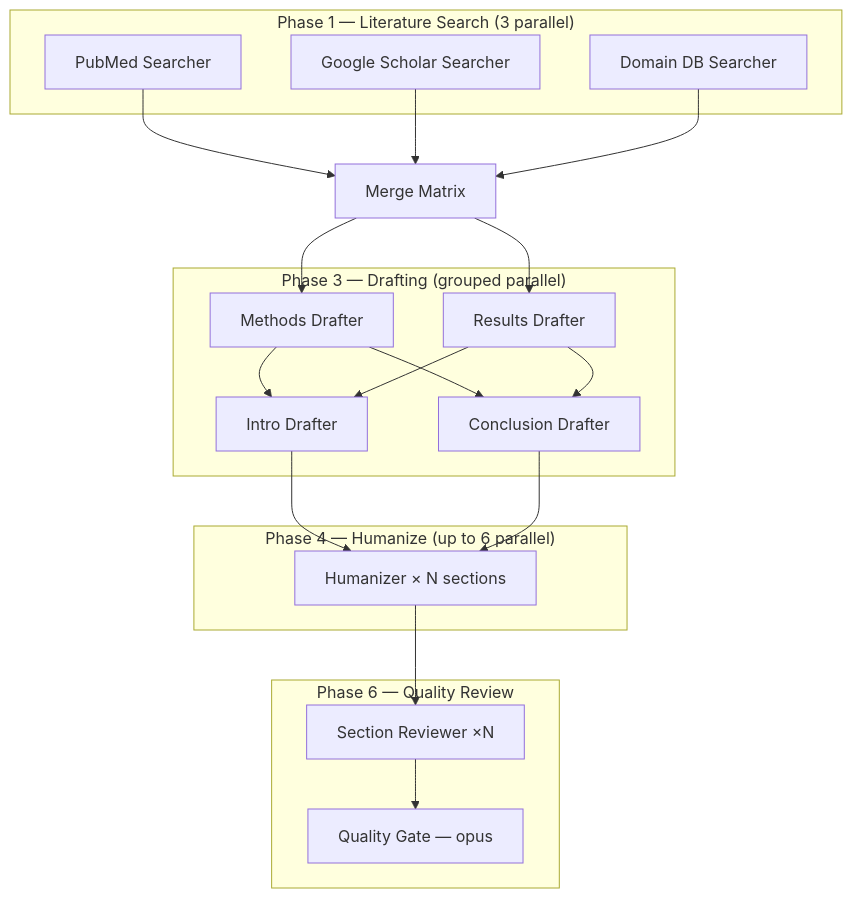
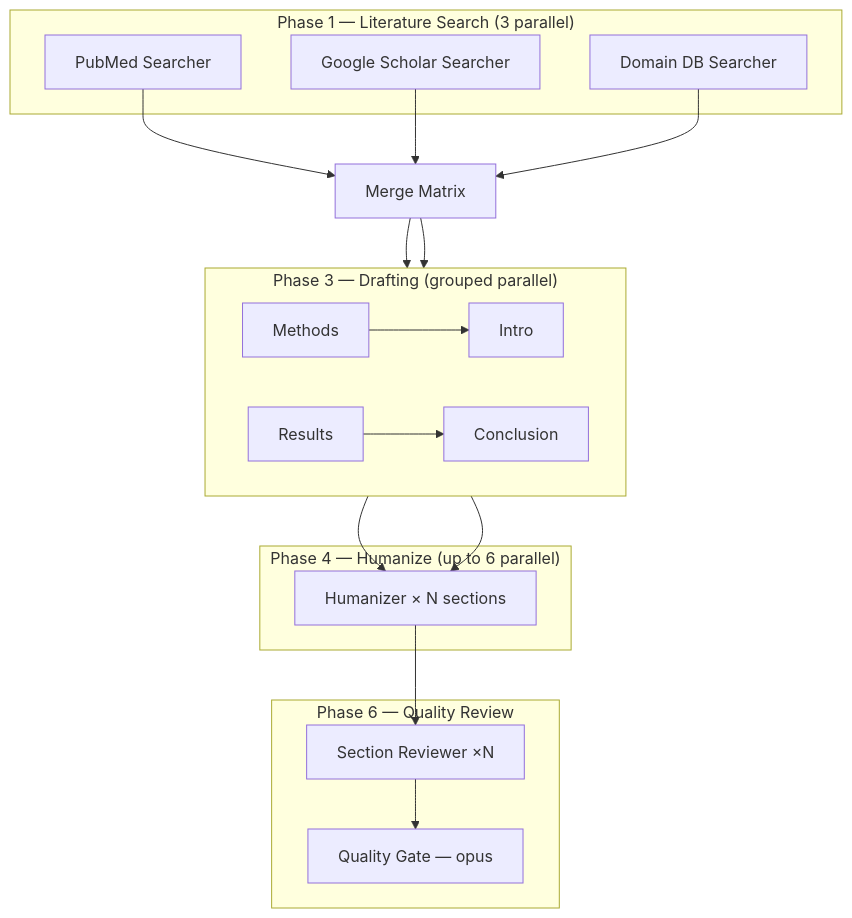
One commit to kgraph57/paper-writer-skill changed the fourth of 4 diagrams in README.md. Above: the diagram before and after it, drawn with Mermaid. The commit also changed 1 other file, not shown here.

Commit message:
fix: improve Phase 3 Mermaid layout to prevent text overlap
Use direction LR inside Phase 3 subgraph to arrange 4 drafter nodes
in 2 columns instead of stacking vertically.

````diff
--- a/README.md
+++ b/README.md
@@ -82,28 +82,29 @@
 ```mermaid
 flowchart TB
-    subgraph "Phase 1 — Literature Search (3 parallel)"
+    subgraph P1["Phase 1 — Literature Search (3 parallel)"]
         L1[PubMed Searcher]
         L2[Google Scholar Searcher]
         L3[Domain DB Searcher]
     end
-    subgraph "Phase 3 — Drafting (grouped parallel)"
-        D1[Methods Drafter]
-        D2[Results Drafter]
-        D3[Intro Drafter]
-        D4[Conclusion Drafter]
+
+    subgraph P3["Phase 3 — Drafting (grouped parallel)"]
+        direction LR
+        D1[Methods] --> D3[Intro]
+        D2[Results] --> D4[Conclusion]
     end
-    subgraph "Phase 4 — Humanize (up to 6 parallel)"
+
+    subgraph P4["Phase 4 — Humanize (up to 6 parallel)"]
         H1[Humanizer × N sections]
     end
-    subgraph "Phase 6 — Quality Review"
+
+    subgraph P6["Phase 6 — Quality Review"]
         R1[Section Reviewer ×N]
         R2[Quality Gate — opus]
     end
 
     L1 & L2 & L3 --> MERGE["Merge Matrix"]
     MERGE --> D1 & D2
-    D1 & D2 --> D3 & D4
     D3 & D4 --> H1
     H1 --> R1
     R1 --> R2
 ```
````
